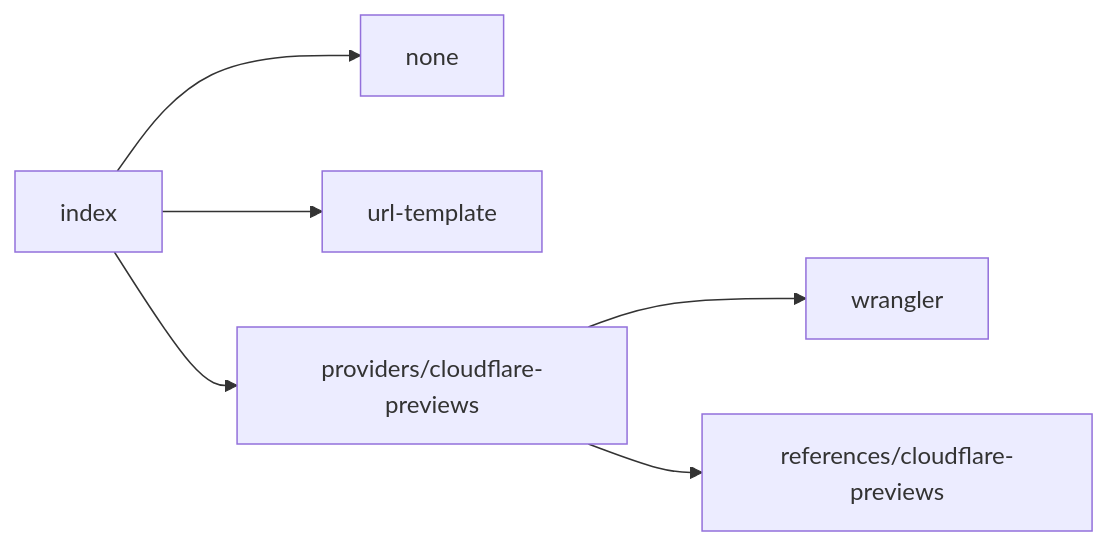
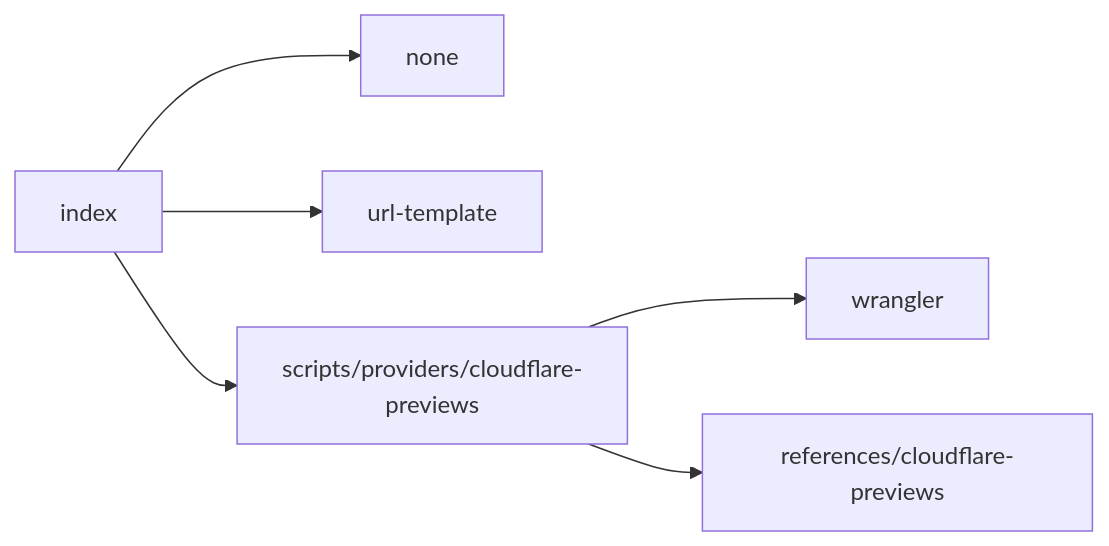
The first of 2 diagrams in specs/preview/design.md (nekono-dev/branch-release-workflow), drawn with Mermaid before and after one commit. The commit also changed other lines of this file and 56 other files, not shown here.

````diff
--- a/specs/preview/design.md
+++ b/specs/preview/design.md
@@ -17,8 +17,8 @@
 ```mermaid
 flowchart LR
   index --> none
   index --> url_template["url-template"]
-  index --> providers_cf["providers/cloudflare-previews"]
+  index --> providers_cf["scripts/providers/cloudflare-previews"]
   providers_cf --> ext_wrangler["wrangler"]
   providers_cf --> references_cf["references/cloudflare-previews"]
 ```
````
